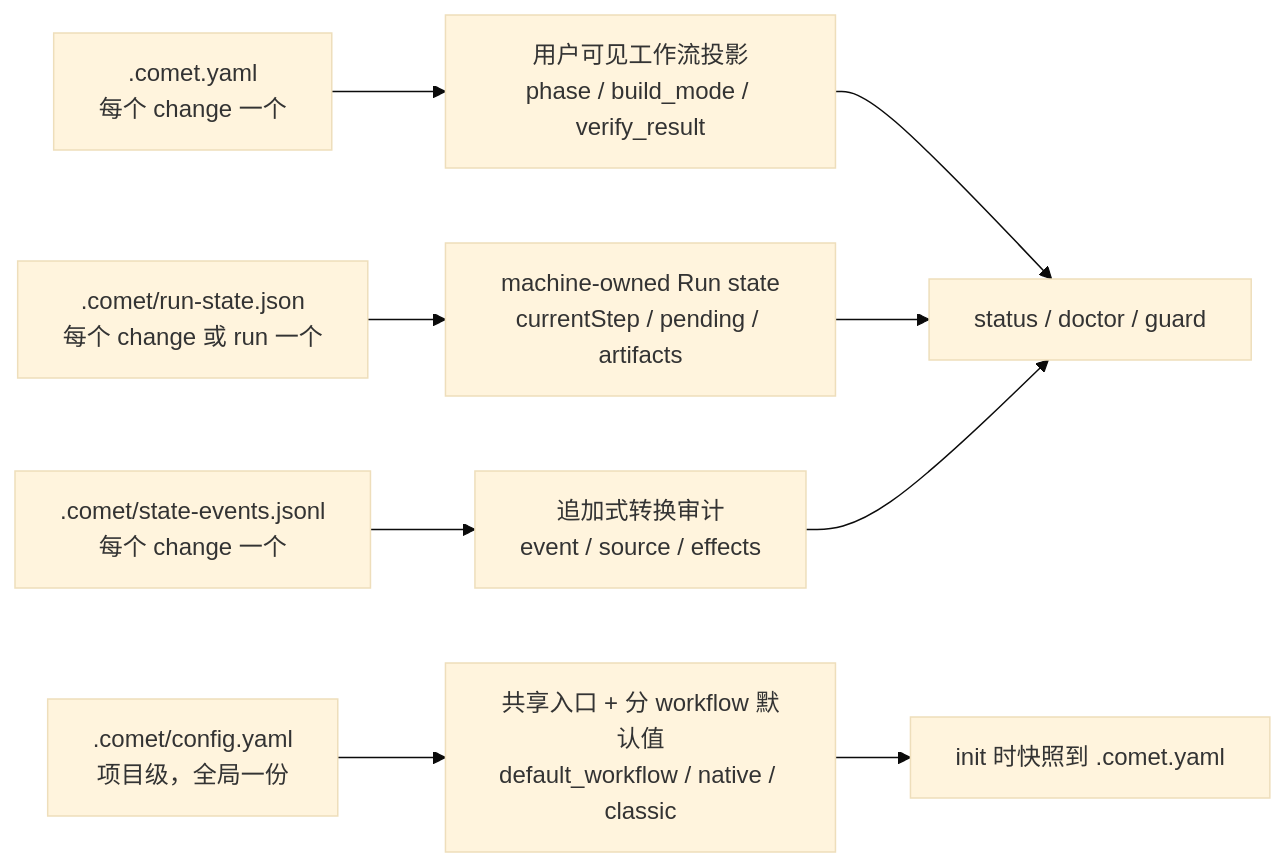
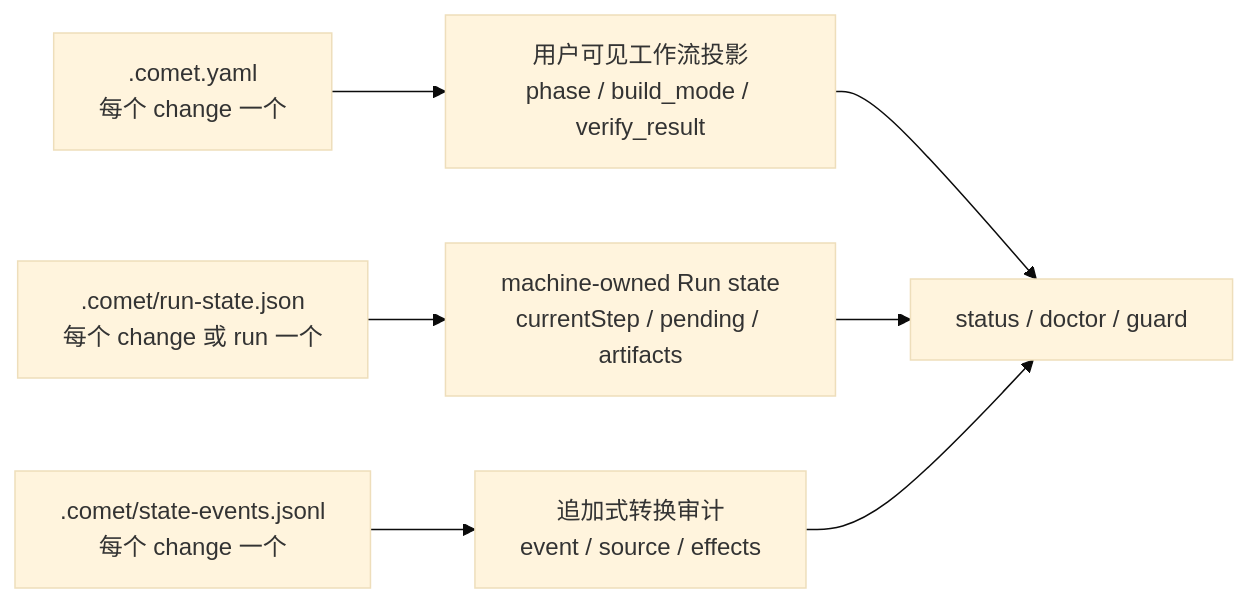
The diagram in zh/concepts/state-management.mdx (rpamis/comet-website-docs), drawn with Mermaid (base theme) before and after one commit. The commit also changed other lines of this file and 70 other files, not shown here.

````diff
--- a/zh/concepts/state-management.mdx
+++ b/zh/concepts/state-management.mdx
@@ -50,11 +28,9 @@
 ```mermaid
 flowchart LR
   A[".comet.yaml<br/>每个 change 一个"] --> B["用户可见工作流投影<br/>phase / build_mode / verify_result"]
   C[".comet/run-state.json<br/>每个 change 或 run 一个"] --> D["machine-owned Run state<br/>currentStep / pending / artifacts"]
   E[".comet/state-events.jsonl<br/>每个 change 一个"] --> F["追加式转换审计<br/>event / source / effects"]
-  H[".comet/config.yaml<br/>项目级，全局一份"] --> I["共享入口 + 分 workflow 默认值<br/>default_workflow / native / classic"]
   B --> G["status / doctor / guard"]
   D --> G
   F --> G
-  I --> J["init 时快照到 .comet.yaml"]
 ```
````
